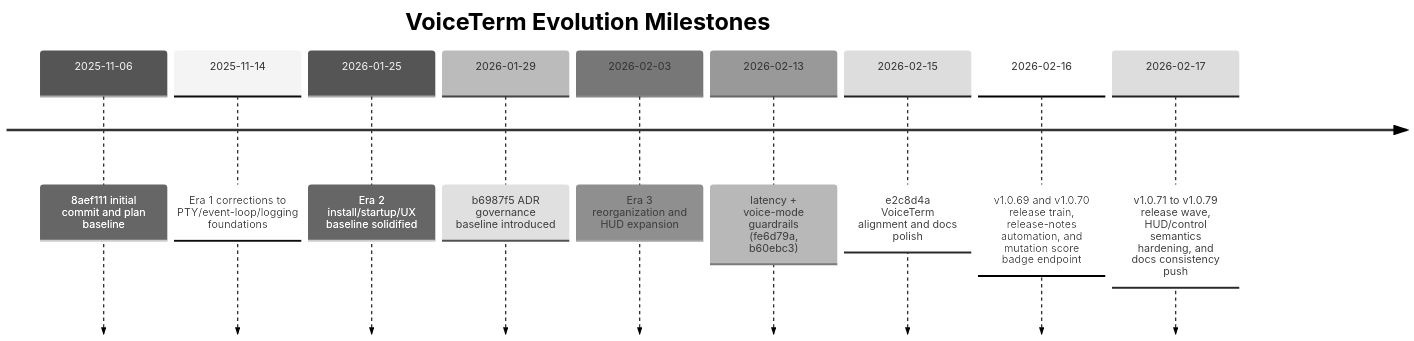
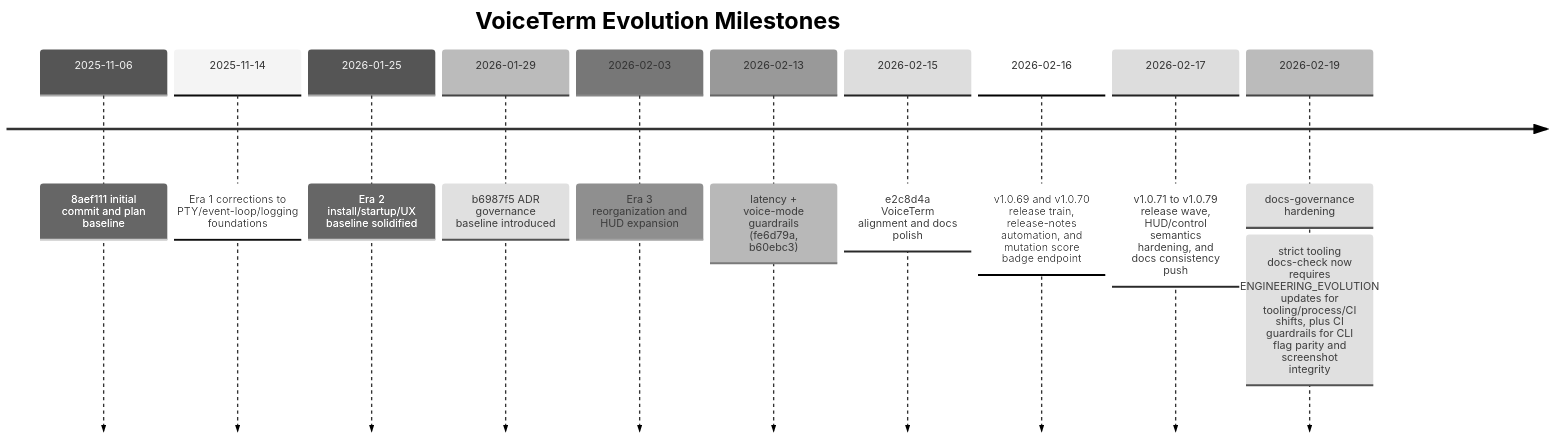
The third of 5 diagrams in dev/history/ENGINEERING_EVOLUTION.md (jguida941/voiceterm), drawn with Mermaid (neutral theme) before and after one commit. The commit also changed other lines of this file and 19 other files, not shown here.

Commit message:
docs: harden governance flow and evolution enforcement

````diff
--- a/dev/history/ENGINEERING_EVOLUTION.md
+++ b/dev/history/ENGINEERING_EVOLUTION.md
@@ -226,13 +227,14 @@
 ```mermaid
 timeline
   title VoiceTerm Evolution Milestones
   2025-11-06 : 8aef111 initial commit and plan baseline
   2025-11-14 : Era 1 corrections to PTY/event-loop/logging foundations
   2026-01-25 : Era 2 install/startup/UX baseline solidified
   2026-01-29 : b6987f5 ADR governance baseline introduced
   2026-02-03 : Era 3 reorganization and HUD expansion
   2026-02-13 : latency + voice-mode guardrails (fe6d79a, b60ebc3)
   2026-02-15 : e2c8d4a VoiceTerm alignment and docs polish
   2026-02-16 : v1.0.69 and v1.0.70 release train, release-notes automation, and mutation score badge endpoint
   2026-02-17 : v1.0.71 to v1.0.79 release wave, HUD/control semantics hardening, and docs consistency push
+  2026-02-19 : docs-governance hardening: strict tooling docs-check now requires ENGINEERING_EVOLUTION updates for tooling/process/CI shifts, plus CI guardrails for CLI flag parity and screenshot integrity
 ```
````
